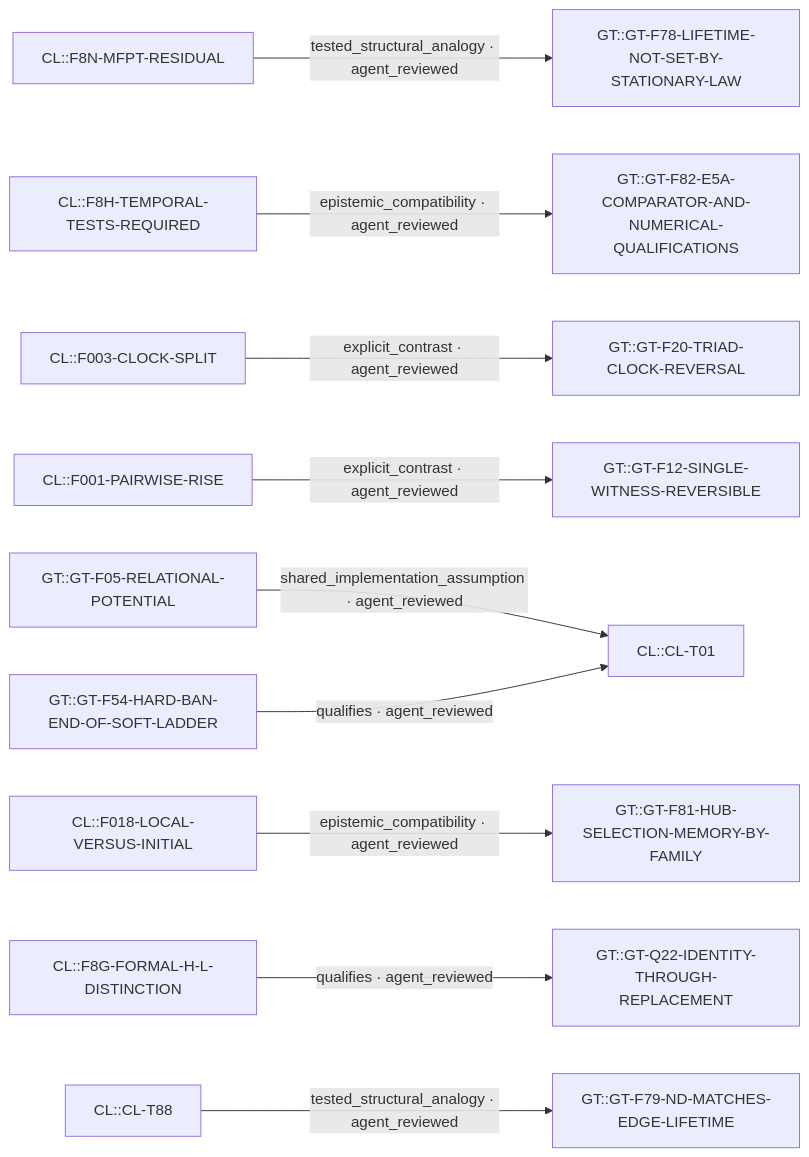
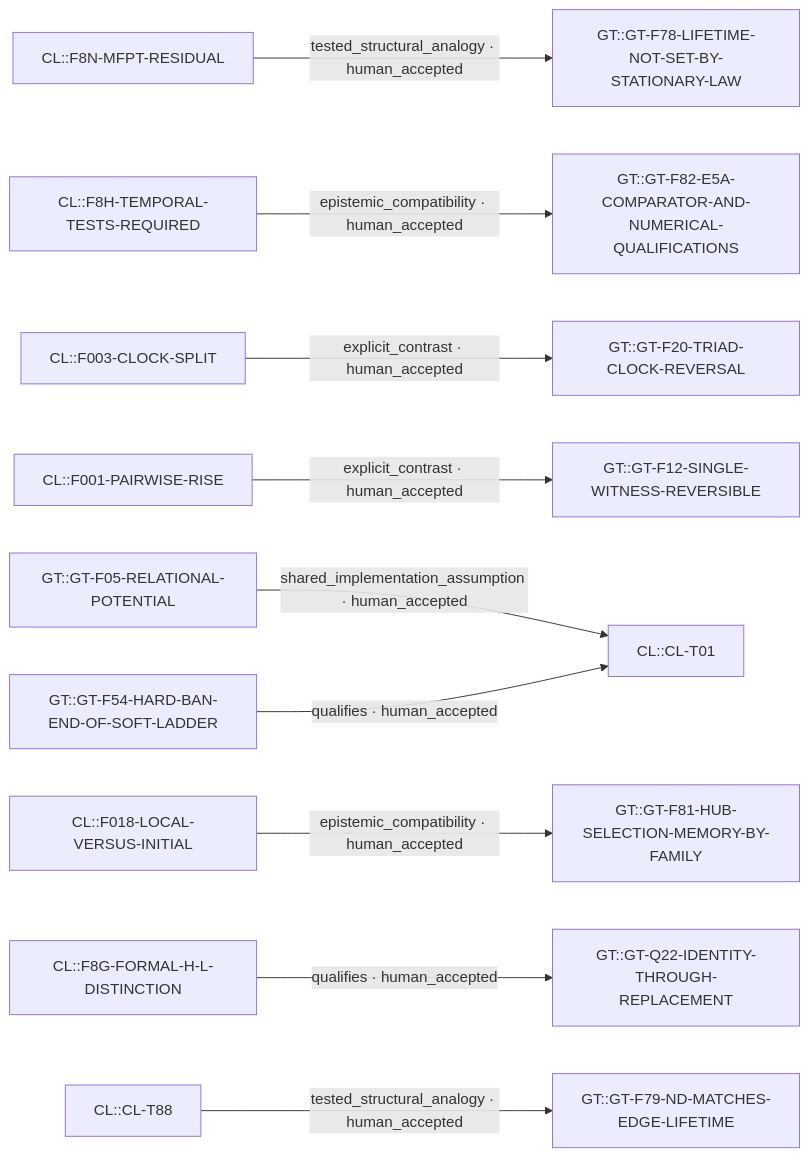
The diagram in research-synthesis/generated/links.mmd (gellsmore-svg/Relational-Substrate), drawn with Mermaid before and after one commit. The commit also changed 39 other files, not shown here.

First line of the commit message:
research-synthesis: implicit human acceptance through the round trip (RT-0001, AD-0002)

```diff
--- a/research-synthesis/generated/links.mmd
+++ b/research-synthesis/generated/links.mmd
@@ -1,27 +1,27 @@
 graph LR
   n_CL__F8N_MFPT_RESIDUAL["CL::F8N-MFPT-RESIDUAL"]
   n_GT__GT_F78_LIFETIME_NOT_SET_BY_STATIONARY_LAW["GT::GT-F78-LIFETIME-NOT-SET-BY-STATIONARY-LAW"]
-  n_CL__F8N_MFPT_RESIDUAL -->|tested_structural_analogy · agent_reviewed| n_GT__GT_F78_LIFETIME_NOT_SET_BY_STATIONARY_LAW
+  n_CL__F8N_MFPT_RESIDUAL -->|tested_structural_analogy · human_accepted| n_GT__GT_F78_LIFETIME_NOT_SET_BY_STATIONARY_LAW
   n_CL__F8H_TEMPORAL_TESTS_REQUIRED["CL::F8H-TEMPORAL-TESTS-REQUIRED"]
   n_GT__GT_F82_E5A_COMPARATOR_AND_NUMERICAL_QUALIFICATIONS["GT::GT-F82-E5A-COMPARATOR-AND-NUMERICAL-QUALIFICATIONS"]
-  n_CL__F8H_TEMPORAL_TESTS_REQUIRED -->|epistemic_compatibility · agent_reviewed| n_GT__GT_F82_E5A_COMPARATOR_AND_NUMERICAL_QUALIFICATIONS
+  n_CL__F8H_TEMPORAL_TESTS_REQUIRED -->|epistemic_compatibility · human_accepted| n_GT__GT_F82_E5A_COMPARATOR_AND_NUMERICAL_QUALIFICATIONS
   n_CL__F003_CLOCK_SPLIT["CL::F003-CLOCK-SPLIT"]
   n_GT__GT_F20_TRIAD_CLOCK_REVERSAL["GT::GT-F20-TRIAD-CLOCK-REVERSAL"]
-  n_CL__F003_CLOCK_SPLIT -->|explicit_contrast · agent_reviewed| n_GT__GT_F20_TRIAD_CLOCK_REVERSAL
+  n_CL__F003_CLOCK_SPLIT -->|explicit_contrast · human_accepted| n_GT__GT_F20_TRIAD_CLOCK_REVERSAL
   n_CL__F001_PAIRWISE_RISE["CL::F001-PAIRWISE-RISE"]
   n_GT__GT_F12_SINGLE_WITNESS_REVERSIBLE["GT::GT-F12-SINGLE-WITNESS-REVERSIBLE"]
-  n_CL__F001_PAIRWISE_RISE -->|explicit_contrast · agent_reviewed| n_GT__GT_F12_SINGLE_WITNESS_REVERSIBLE
+  n_CL__F001_PAIRWISE_RISE -->|explicit_contrast · human_accepted| n_GT__GT_F12_SINGLE_WITNESS_REVERSIBLE
   n_GT__GT_F05_RELATIONAL_POTENTIAL["GT::GT-F05-RELATIONAL-POTENTIAL"]
   n_CL__CL_T01["CL::CL-T01"]
-  n_GT__GT_F05_RELATIONAL_POTENTIAL -->|shared_implementation_assumption · agent_reviewed| n_CL__CL_T01
+  n_GT__GT_F05_RELATIONAL_POTENTIAL -->|shared_implementation_assumption · human_accepted| n_CL__CL_T01
   n_GT__GT_F54_HARD_BAN_END_OF_SOFT_LADDER["GT::GT-F54-HARD-BAN-END-OF-SOFT-LADDER"]
-  n_GT__GT_F54_HARD_BAN_END_OF_SOFT_LADDER -->|qualifies · agent_reviewed| n_CL__CL_T01
+  n_GT__GT_F54_HARD_BAN_END_OF_SOFT_LADDER -->|qualifies · human_accepted| n_CL__CL_T01
   n_CL__F018_LOCAL_VERSUS_INITIAL["CL::F018-LOCAL-VERSUS-INITIAL"]
   n_GT__GT_F81_HUB_SELECTION_MEMORY_BY_FAMILY["GT::GT-F81-HUB-SELECTION-MEMORY-BY-FAMILY"]
-  n_CL__F018_LOCAL_VERSUS_INITIAL -->|epistemic_compatibility · agent_reviewed| n_GT__GT_F81_HUB_SELECTION_MEMORY_BY_FAMILY
+  n_CL__F018_LOCAL_VERSUS_INITIAL -->|epistemic_compatibility · human_accepted| n_GT__GT_F81_HUB_SELECTION_MEMORY_BY_FAMILY
   n_CL__F8G_FORMAL_H_L_DISTINCTION["CL::F8G-FORMAL-H-L-DISTINCTION"]
   n_GT__GT_Q22_IDENTITY_THROUGH_REPLACEMENT["GT::GT-Q22-IDENTITY-THROUGH-REPLACEMENT"]
-  n_CL__F8G_FORMAL_H_L_DISTINCTION -->|qualifies · agent_reviewed| n_GT__GT_Q22_IDENTITY_THROUGH_REPLACEMENT
+  n_CL__F8G_FORMAL_H_L_DISTINCTION -->|qualifies · human_accepted| n_GT__GT_Q22_IDENTITY_THROUGH_REPLACEMENT
   n_CL__CL_T88["CL::CL-T88"]
   n_GT__GT_F79_ND_MATCHES_EDGE_LIFETIME["GT::GT-F79-ND-MATCHES-EDGE-LIFETIME"]
-  n_CL__CL_T88 -->|tested_structural_analogy · agent_reviewed| n_GT__GT_F79_ND_MATCHES_EDGE_LIFETIME
+  n_CL__CL_T88 -->|tested_structural_analogy · human_accepted| n_GT__GT_F79_ND_MATCHES_EDGE_LIFETIME
```
